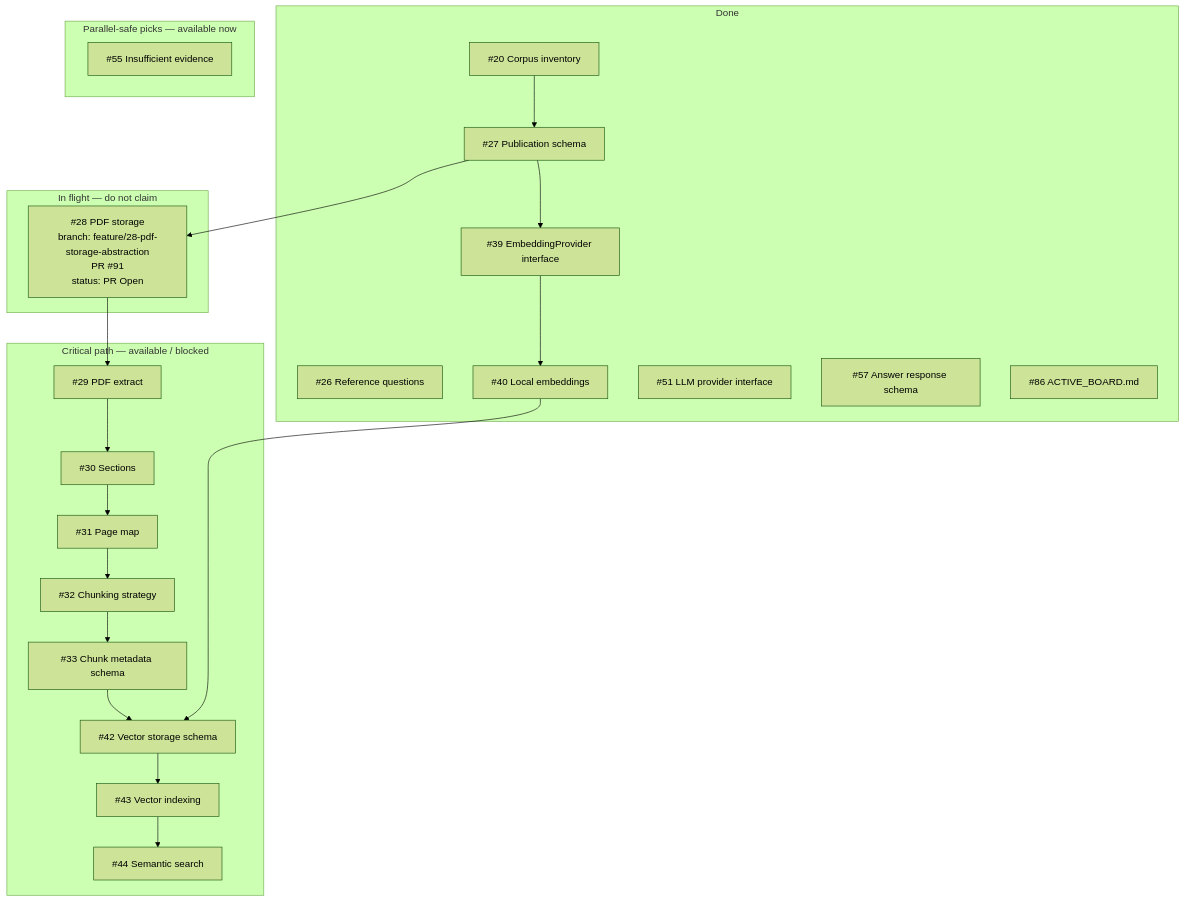
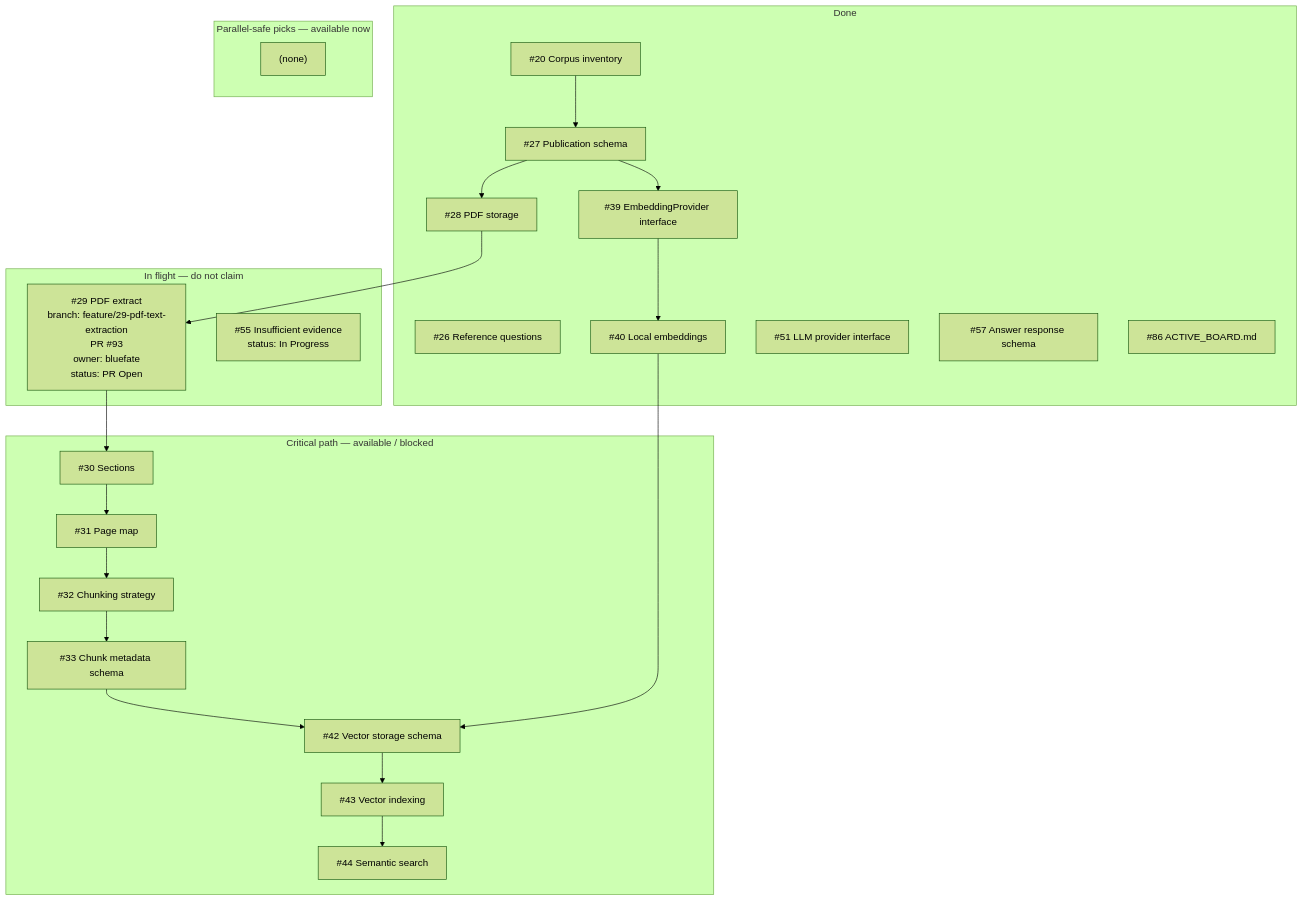
Before and after one commit to bluefate/spacebio-evidence-engine: the diagram in docs/development/ACTIVE_BOARD.md, drawn with Mermaid (forest theme). The commit also changed other lines of this file and 8 other files, not shown here.

````diff
--- a/docs/development/ACTIVE_BOARD.md
+++ b/docs/development/ACTIVE_BOARD.md
@@ -61,42 +61,43 @@
 ```mermaid
 flowchart TB
   subgraph done [Done]
     i20["#20 Corpus inventory"]
     i26["#26 Reference questions"]
     i27["#27 Publication schema"]
+    i28["#28 PDF storage"]
     i39["#39 EmbeddingProvider interface"]
     i40["#40 Local embeddings"]
     i51["#51 LLM provider interface"]
     i57["#57 Answer response schema"]
     i86["#86 ACTIVE_BOARD.md"]
   end
   subgraph inflight [In flight — do not claim]
-    i28["#28 PDF storage<br/>branch: feature/28-pdf-storage-abstraction<br/>PR #91<br/>status: PR Open"]
+    i29["#29 PDF extract<br/>branch: feature/29-pdf-text-extraction<br/>PR #93<br/>owner: bluefate<br/>status: PR Open"]
+    i55["#55 Insufficient evidence<br/>status: In Progress"]
   end
   subgraph nextCritical [Critical path — available / blocked]
-    i29["#29 PDF extract"]
     i30["#30 Sections"]
     i31["#31 Page map"]
     i32["#32 Chunking strategy"]
     i33["#33 Chunk metadata schema"]
     i42["#42 Vector storage schema"]
     i43["#43 Vector indexing"]
     i44["#44 Semantic search"]
   end
   subgraph nextParallel [Parallel-safe picks — available now]
-    i55["#55 Insufficient evidence"]
+    nextParallel_empty["(none)"]
   end
   i20 --> i27
   i27 --> i28
   i28 --> i29
   i29 --> i30
   i30 --> i31
   i31 --> i32
   i32 --> i33
   i33 --> i42
   i27 --> i39
   i39 --> i40
   i40 --> i42
   i42 --> i43
   i43 --> i44
 ```
````
